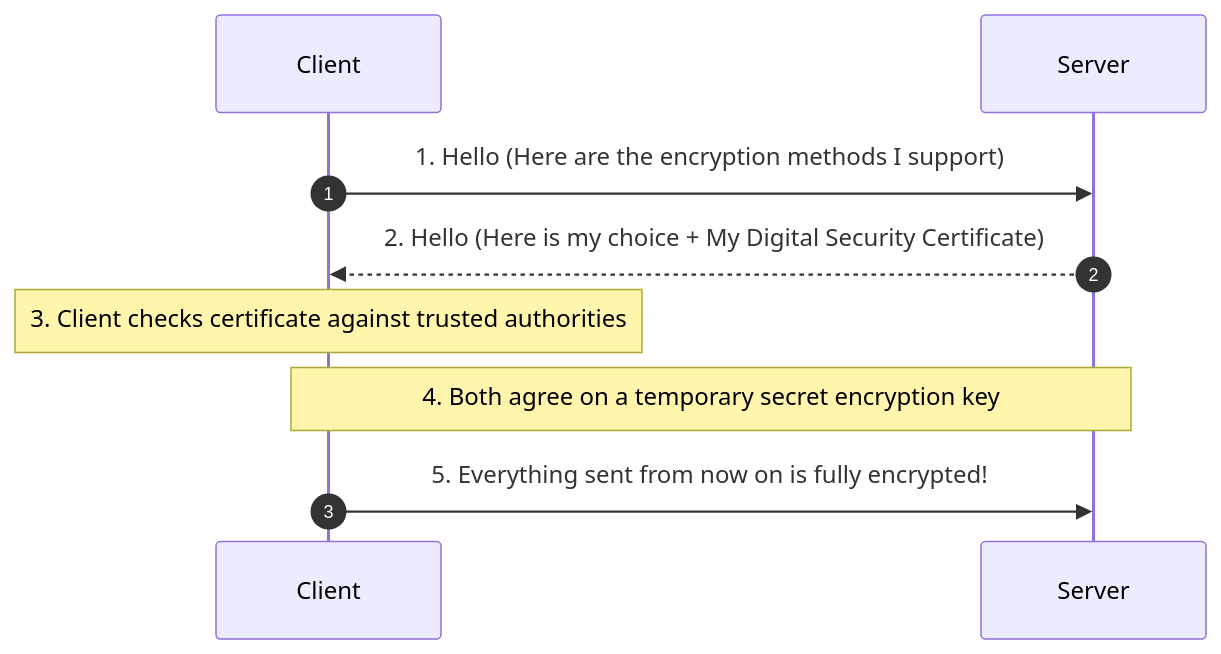
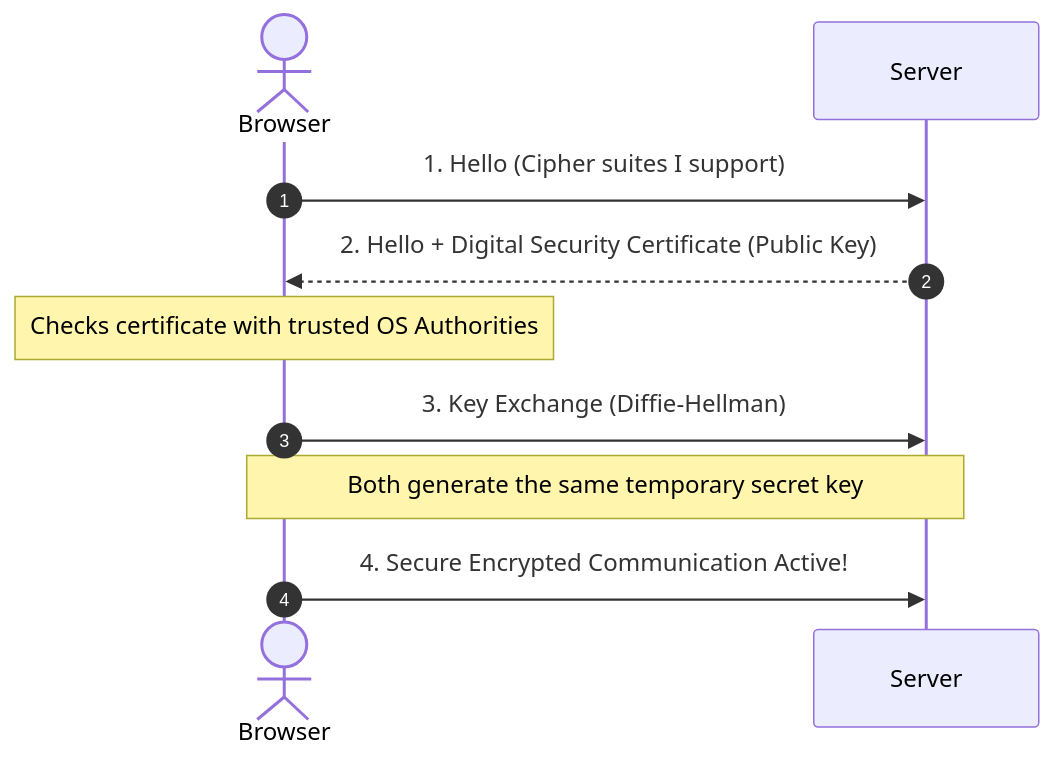
One commit to Sujalkathait/high-level-design changed the sixth of 21 diagrams in README.md. Above: the diagram before and after it, drawn with Mermaid. The commit also changed other lines of this file, not shown here.

````diff
--- a/README.md
+++ b/README.md
@@ -269,9 +193,13 @@
 ```mermaid
 sequenceDiagram
     autonumber
-    Client->>Server: 1. Hello (Here are the encryption methods I support)
-    Server-->>Client: 2. Hello (Here is my choice + My Digital Security Certificate)
-    Note over Client: 3. Client checks certificate against trusted authorities
-    Note over Client,Server: 4. Both agree on a temporary secret encryption key
-    Client->>Server: 5. Everything sent from now on is fully encrypted!
+    actor Browser
+    participant Server
+
+    Browser->>Server: 1. Hello (Cipher suites I support)
+    Server-->>Browser: 2. Hello + Digital Security Certificate (Public Key)
+    Note over Browser: Checks certificate with trusted OS Authorities
+    Browser->>Server: 3. Key Exchange (Diffie-Hellman)
+    Note over Browser,Server: Both generate the same temporary secret key
+    Browser->>Server: 4. Secure Encrypted Communication Active!
 ```
````
